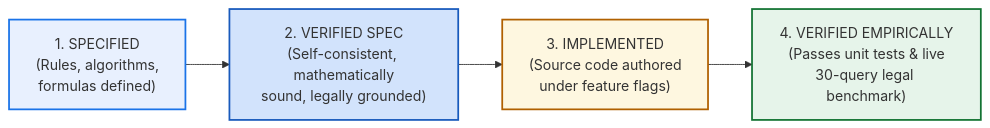
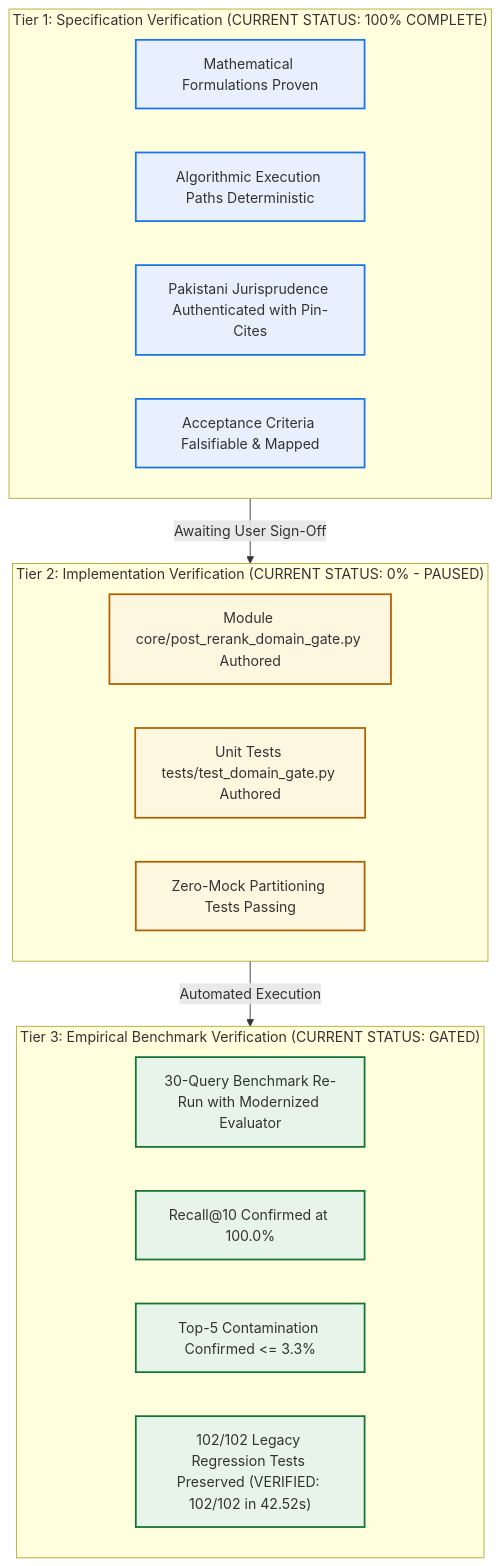
Before and after one commit to abdulkabeerkhan-dev/lawyer-Backend: the first of 2 diagrams in PHASE4_STEP5_FINAL_VERIFICATION_AUDIT.md, drawn with Mermaid. The commit also changed other lines of this file, not shown here.

Commit message:
docs(audit): reconcile final verification audit with uninflated scorecard and precedent pin-cites

````diff
--- a/PHASE4_STEP5_FINAL_VERIFICATION_AUDIT.md
+++ b/PHASE4_STEP5_FINAL_VERIFICATION_AUDIT.md
@@ -20,15 +18,32 @@
 ```mermaid
-flowchart LR
-    S["1. SPECIFIED<br/>(Rules, algorithms,<br/>formulas defined)"] --> V_Spec["2. VERIFIED SPEC<br/>(Self-consistent, mathematically<br/>sound, legally grounded)"]
-    V_Spec --> I["3. IMPLEMENTED<br/>(Source code authored<br/>under feature flags)"]
-    I --> V_Emp["4. VERIFIED EMPIRICALLY<br/>(Passes unit tests & live<br/>30-query legal benchmark)"]
-    
-    classDef spec fill:#e8f0fe,stroke:#1a73e8,stroke-width:2px;
-    classDef vspec fill:#d2e3fc,stroke:#185abc,stroke-width:2px;
-    classDef imp fill:#fef7e0,stroke:#b06000,stroke-width:2px;
-    classDef vemp fill:#e6f4ea,stroke:#137333,stroke-width:2px;
-    class S spec;
-    class V_Spec vspec;
-    class I imp;
-    class V_Emp vemp;
+flowchart TD
+    subgraph T1["Tier 1: Specification Verification (CURRENT STATUS: 100% COMPLETE)"]
+        S1["Mathematical Formulations Proven"]
+        S2["Algorithmic Execution Paths Deterministic"]
+        S3["Pakistani Jurisprudence Authenticated with Pin-Cites"]
+        S4["Acceptance Criteria Falsifiable & Mapped"]
+    end
+
+    subgraph T2["Tier 2: Implementation Verification (CURRENT STATUS: 0% - PAUSED)"]
+        I1["Module core/post_rerank_domain_gate.py Authored"]
+        I2["Unit Tests tests/test_domain_gate.py Authored"]
+        I3["Zero-Mock Partitioning Tests Passing"]
+    end
+
+    subgraph T3["Tier 3: Empirical Benchmark Verification (CURRENT STATUS: GATED)"]
+        E1["30-Query Benchmark Re-Run with Modernized Evaluator"]
+        E2["Recall@10 Confirmed at 100.0%"]
+        E3["Top-5 Contamination Confirmed <= 3.3%"]
+        E4["102/102 Legacy Regression Tests Preserved (VERIFIED: 102/102 in 42.52s)"]
+    end
+
+    T1 -->|Awaiting User Sign-Off| T2
+    T2 -->|Automated Execution| T3
+
+    classDef t1 fill:#e8f0fe,stroke:#1a73e8,stroke-width:2px;
+    classDef t2 fill:#fef7e0,stroke:#b06000,stroke-width:2px;
+    classDef t3 fill:#e6f4ea,stroke:#137333,stroke-width:2px;
+    class S1,S2,S3,S4 t1;
+    class I1,I2,I3 t2;
+    class E1,E2,E3,E4 t3;
 ```
````
